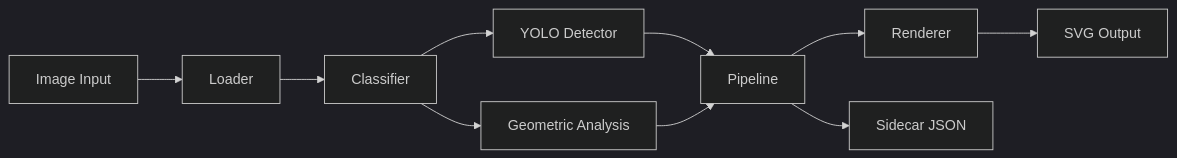
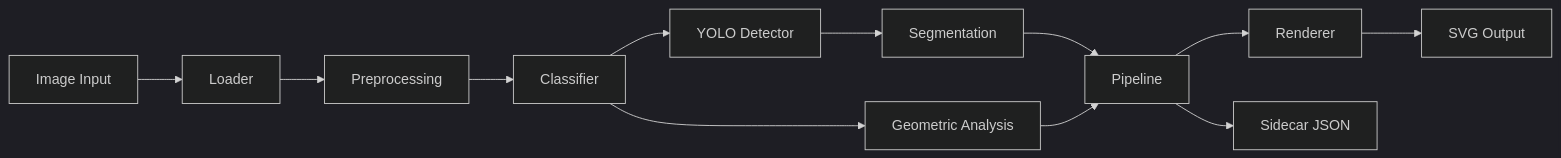
One commit to cloudbsdorg/img2svg changed the first of 3 diagrams in docs/architecture.md. Above: the diagram before and after it, drawn with Mermaid (dark theme). The commit also changed other lines of this file and 64 other files, not shown here.

````diff
--- a/docs/architecture.md
+++ b/docs/architecture.md
@@ -30,12 +30,14 @@
 ```mermaid
 flowchart LR
     A[Image Input] --> B[Loader]
-    B --> C[Classifier]
+    B --> P[Preprocessing]
+    P --> C[Classifier]
     C --> D[YOLO Detector]
     C --> E[Geometric Analysis]
-    D --> F[Pipeline]
+    D --> S[Segmentation]
+    S --> F[Pipeline]
     E --> F
     F --> G[Renderer]
     G --> H[SVG Output]
     F --> I[Sidecar JSON]
 ```
````
